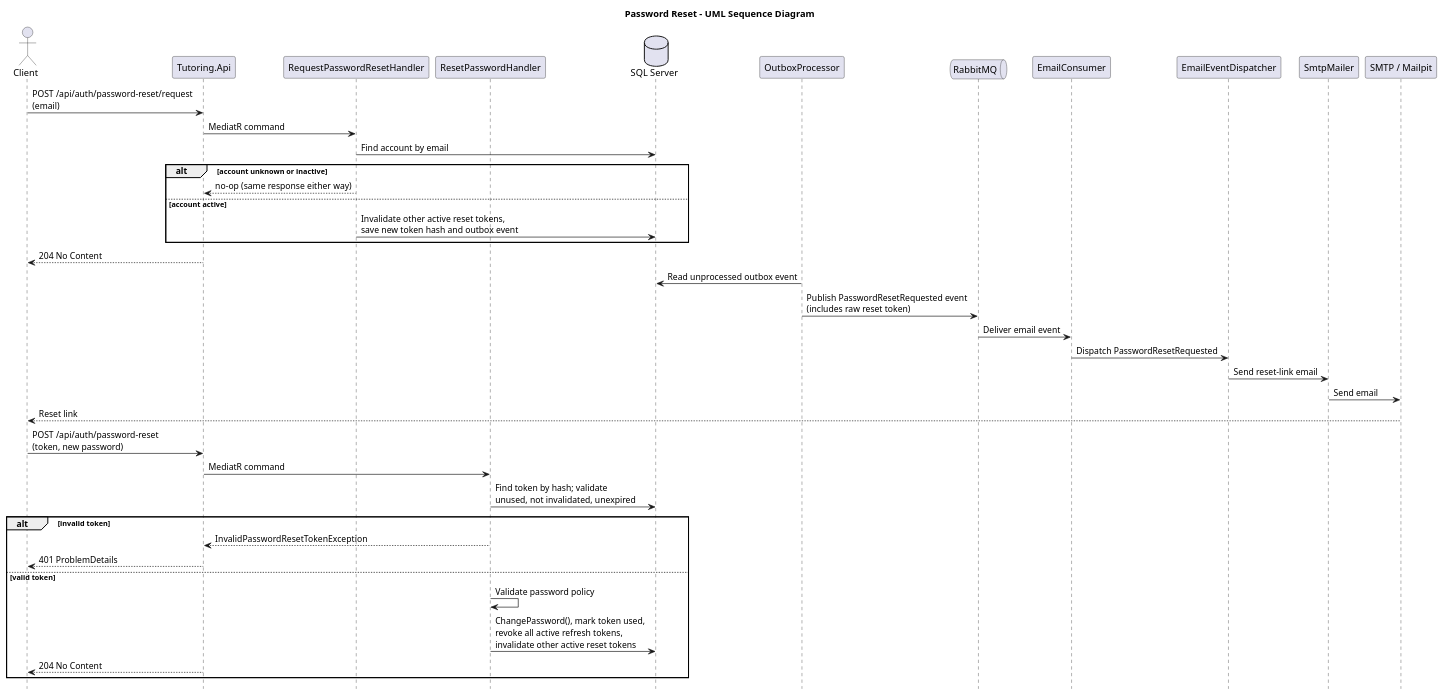
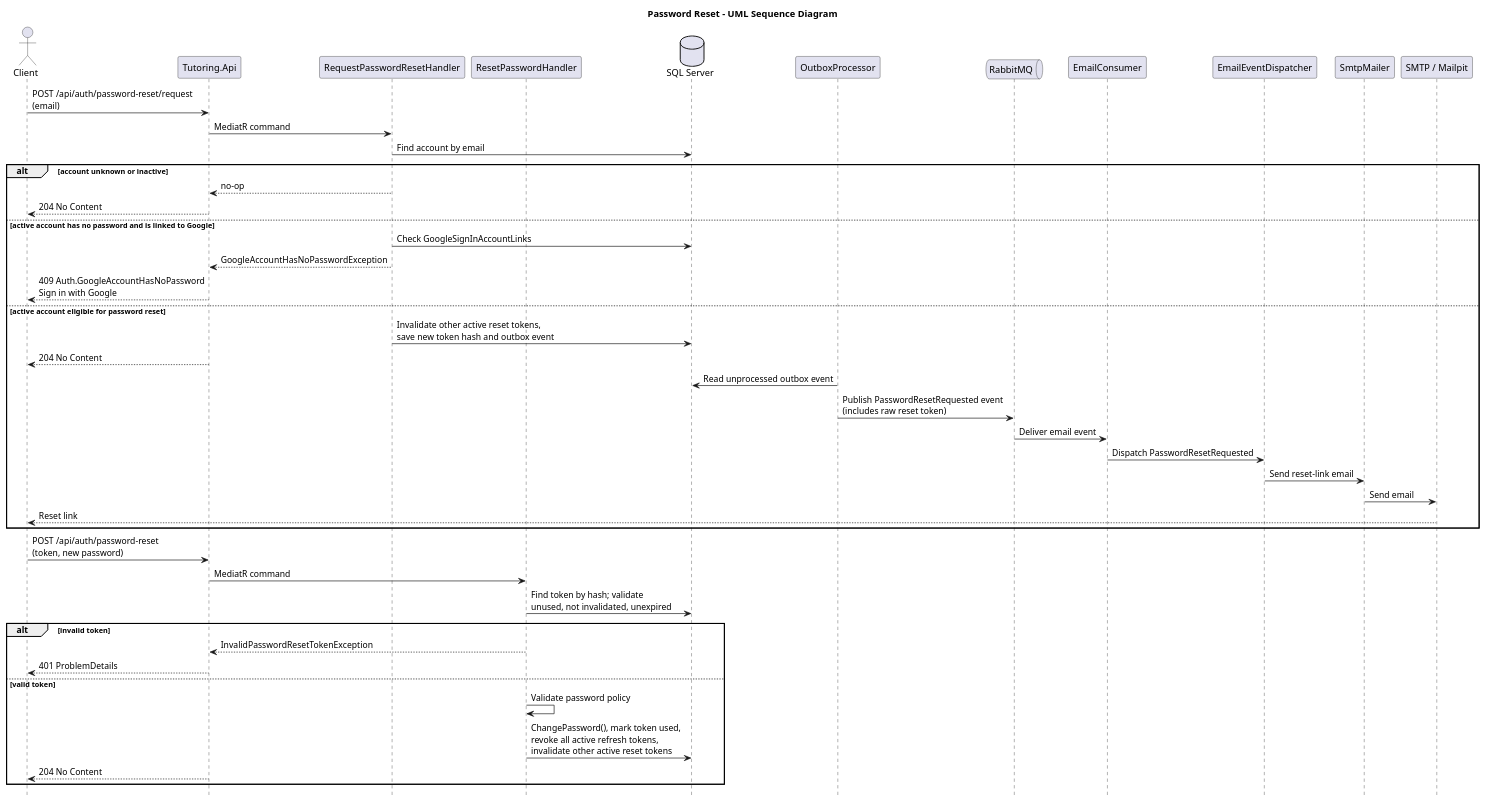
The diagram in docs/technical_docs/backend_docs/user_stories/us_004/diagrams/password_update.puml (JStec0312/Tutoring-CRM-System), drawn with PlantUML before and after one commit. The commit also changed 9 other files, not shown here.

Commit message:
RE #167 - updated password reset. Npow you can nmot  reset password when your account is linked to google

```diff
--- a/docs/technical_docs/backend_docs/user_stories/us_004/diagrams/password_update.puml
+++ b/docs/technical_docs/backend_docs/user_stories/us_004/diagrams/password_update.puml
@@ -1,50 +1,55 @@
 @startuml password_update
 skinparam backgroundColor white
 title Password Reset - UML Sequence Diagram
 
 hide footbox
 
 actor Client
 participant "Tutoring.Api" as Api
 participant RequestPasswordResetHandler
 participant ResetPasswordHandler
 database "SQL Server" as Database
 participant OutboxProcessor
 queue RabbitMQ
 participant EmailConsumer
 participant EmailEventDispatcher
 participant SmtpMailer
 participant "SMTP / Mailpit" as Smtp
 
 Client -> Api : POST /api/auth/password-reset/request\n(email)
 Api -> RequestPasswordResetHandler : MediatR command
 RequestPasswordResetHandler -> Database : Find account by email
 alt account unknown or inactive
-    RequestPasswordResetHandler --> Api : no-op (same response either way)
-else account active
+    RequestPasswordResetHandler --> Api : no-op
+    Api --> Client : 204 No Content
+else active account has no password and is linked to Google
+    RequestPasswordResetHandler -> Database : Check GoogleSignInAccountLinks
+    RequestPasswordResetHandler --> Api : GoogleAccountHasNoPasswordException
+    Api --> Client : 409 Auth.GoogleAccountHasNoPassword\nSign in with Google
+else active account eligible for password reset
     RequestPasswordResetHandler -> Database : Invalidate other active reset tokens,\nsave new token hash and outbox event
-end
-Api --> Client : 204 No Content
+    Api --> Client : 204 No Content
 
 OutboxProcessor -> Database : Read unprocessed outbox event
 OutboxProcessor -> RabbitMQ : Publish PasswordResetRequested event\n(includes raw reset token)
 RabbitMQ -> EmailConsumer : Deliver email event
 EmailConsumer -> EmailEventDispatcher : Dispatch PasswordResetRequested
 EmailEventDispatcher -> SmtpMailer : Send reset-link email
 SmtpMailer -> Smtp : Send email
 Smtp --> Client : Reset link
+end
 
 Client -> Api : POST /api/auth/password-reset\n(token, new password)
 Api -> ResetPasswordHandler : MediatR command
 ResetPasswordHandler -> Database : Find token by hash; validate\nunused, not invalidated, unexpired
 
 alt invalid token
     ResetPasswordHandler --> Api : InvalidPasswordResetTokenException
     Api --> Client : 401 ProblemDetails
 else valid token
     ResetPasswordHandler -> ResetPasswordHandler : Validate password policy
     ResetPasswordHandler -> Database : ChangePassword(), mark token used,\nrevoke all active refresh tokens,\ninvalidate other active reset tokens
     Api --> Client : 204 No Content
 end
 
 @enduml
```
